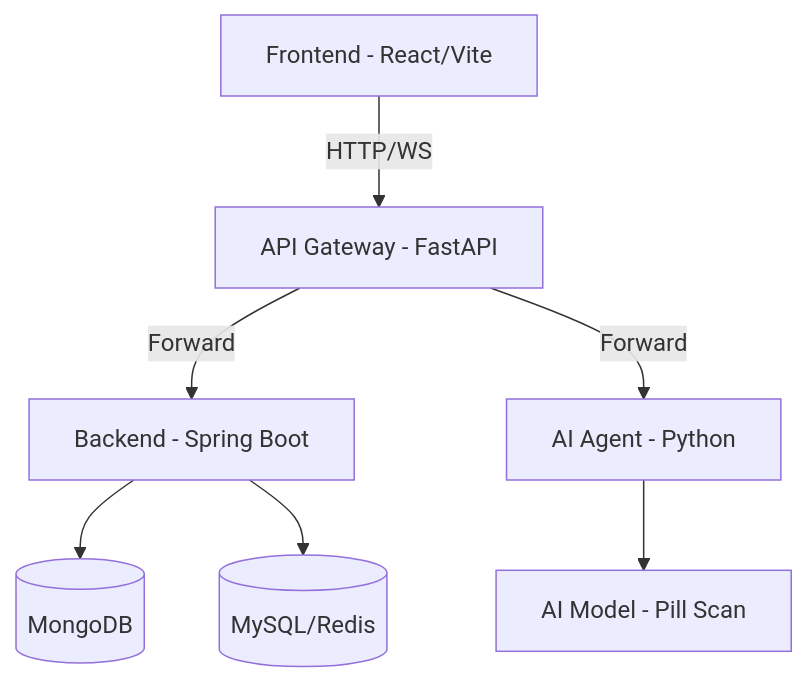
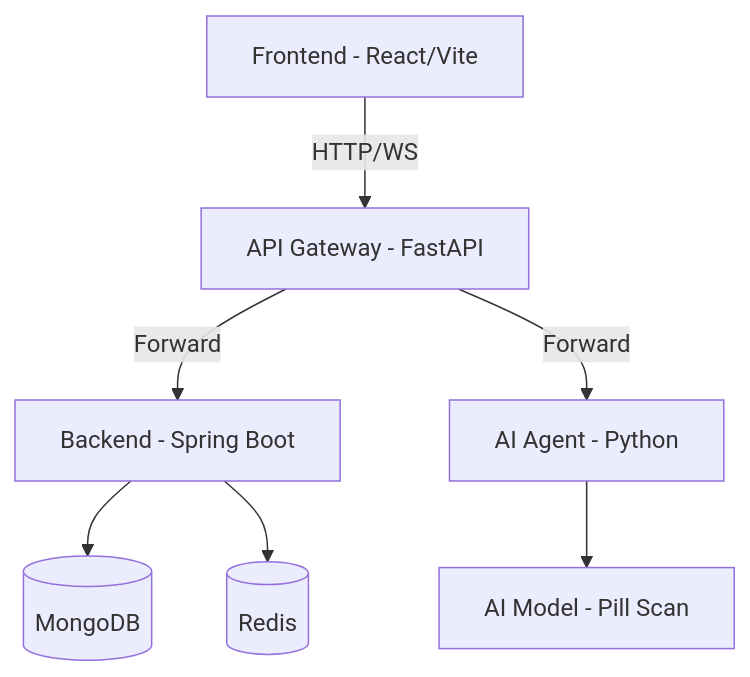
Before and after one commit to NguyenTuKien/PharmAgent: the diagram in README.md, drawn with Mermaid.

````diff
--- a/README.md
+++ b/README.md
@@ -87,9 +87,9 @@
 ```mermaid
 graph TD
     FE[Frontend - React/Vite] -->|HTTP/WS| GW[API Gateway - FastAPI]
     GW -->|Forward| BE[Backend - Spring Boot]
     GW -->|Forward| AG[AI Agent - Python]
     BE --> DB1[(MongoDB)]
-    BE --> DB2[(MySQL/Redis)]
+    BE --> DB2[(Redis)]
     AG --> AI[AI Model - Pill Scan]
 ```
````
